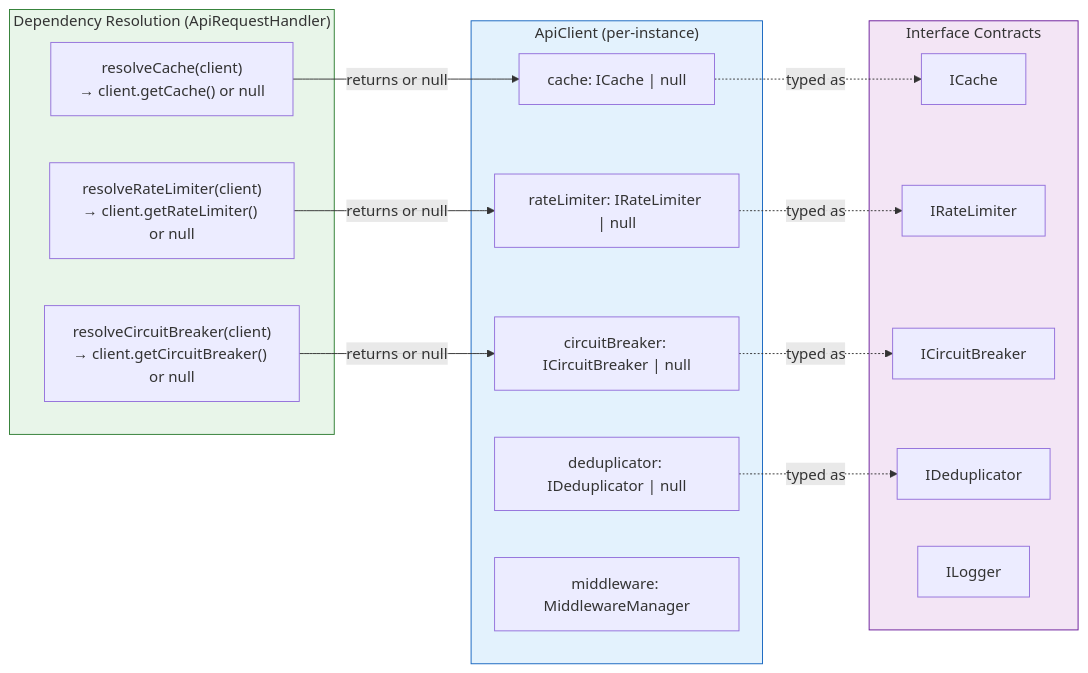
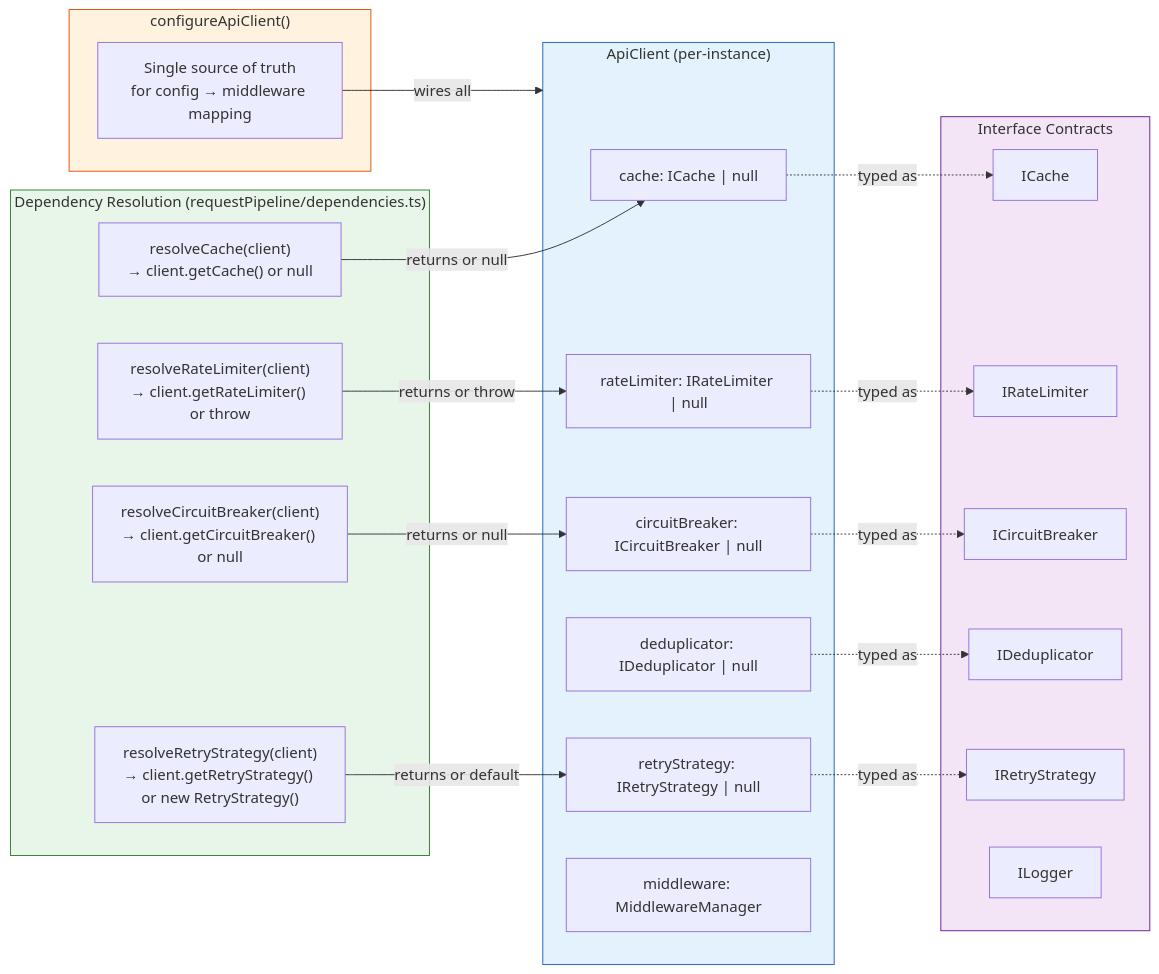
One commit to lgriffin/ESI.ts changed the third of 13 diagrams in guides/ARCHITECTURE.md. Above: the diagram before and after it, drawn with Mermaid. The commit also changed other lines of this file, not shown here.

First line of the commit message:
docs: update architecture guide for post-design-plan changes

````diff
--- a/guides/ARCHITECTURE.md
+++ b/guides/ARCHITECTURE.md
@@ -237,37 +273,49 @@
 ```mermaid
 graph LR
+    subgraph ConfigFactory["configureApiClient()"]
+        Wire["Single source of truth<br/>for config → middleware mapping"]
+    end
+
     subgraph ApiClient["ApiClient (per-instance)"]
         ClientCache["cache: ICache | null"]
         ClientRL["rateLimiter: IRateLimiter | null"]
         ClientCB["circuitBreaker: ICircuitBreaker | null"]
         ClientDedup["deduplicator: IDeduplicator | null"]
+        ClientRetry["retryStrategy: IRetryStrategy | null"]
         ClientMW["middleware: MiddlewareManager"]
     end
 
-    subgraph Resolution["Dependency Resolution (ApiRequestHandler)"]
+    subgraph Resolution["Dependency Resolution (requestPipeline/dependencies.ts)"]
         ResolveCache["resolveCache(client)<br/>→ client.getCache() or null"]
-        ResolveRL["resolveRateLimiter(client)<br/>→ client.getRateLimiter() or null"]
+        ResolveRL["resolveRateLimiter(client)<br/>→ client.getRateLimiter() or throw"]
         ResolveCB["resolveCircuitBreaker(client)<br/>→ client.getCircuitBreaker() or null"]
+        ResolveRetry["resolveRetryStrategy(client)<br/>→ client.getRetryStrategy() or new RetryStrategy()"]
     end
 
     subgraph Interfaces["Interface Contracts"]
         ICache["ICache"]
         IRateLimiter["IRateLimiter"]
         ICB["ICircuitBreaker"]
         IDedup["IDeduplicator"]
+        IRetry["IRetryStrategy"]
         ILogger["ILogger"]
     end
 
+    Wire -->|"wires all"| ApiClient
+
     ResolveCache -->|"returns or null"| ClientCache
-    ResolveRL -->|"returns or null"| ClientRL
+    ResolveRL -->|"returns or throw"| ClientRL
     ResolveCB -->|"returns or null"| ClientCB
+    ResolveRetry -->|"returns or default"| ClientRetry
 
     ClientCache -.->|typed as| ICache
     ClientRL -.->|typed as| IRateLimiter
     ClientCB -.->|typed as| ICB
     ClientDedup -.->|typed as| IDedup
+    ClientRetry -.->|typed as| IRetry
 
     style Interfaces fill:#f3e5f5,stroke:#6a1b9a
     style Resolution fill:#e8f5e9,stroke:#2e7d32
     style ApiClient fill:#e3f2fd,stroke:#1565c0
+    style ConfigFactory fill:#fff3e0,stroke:#e65100
 ```
````
